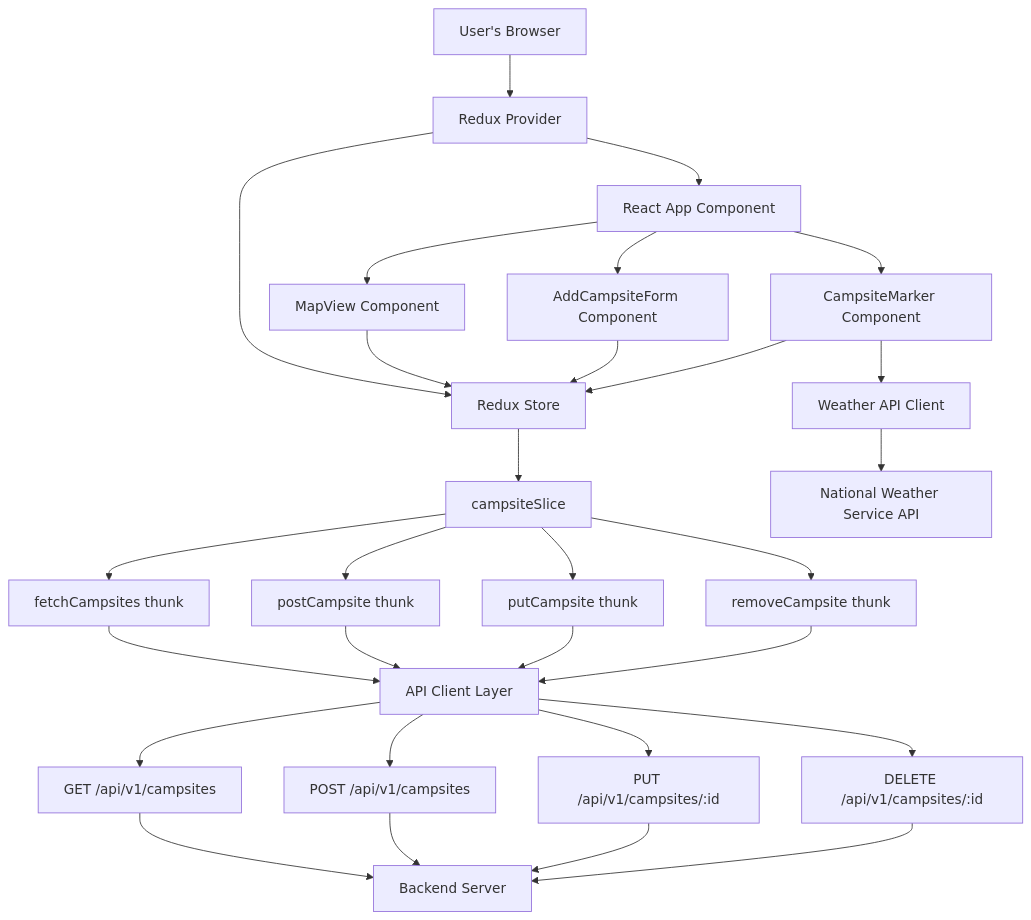
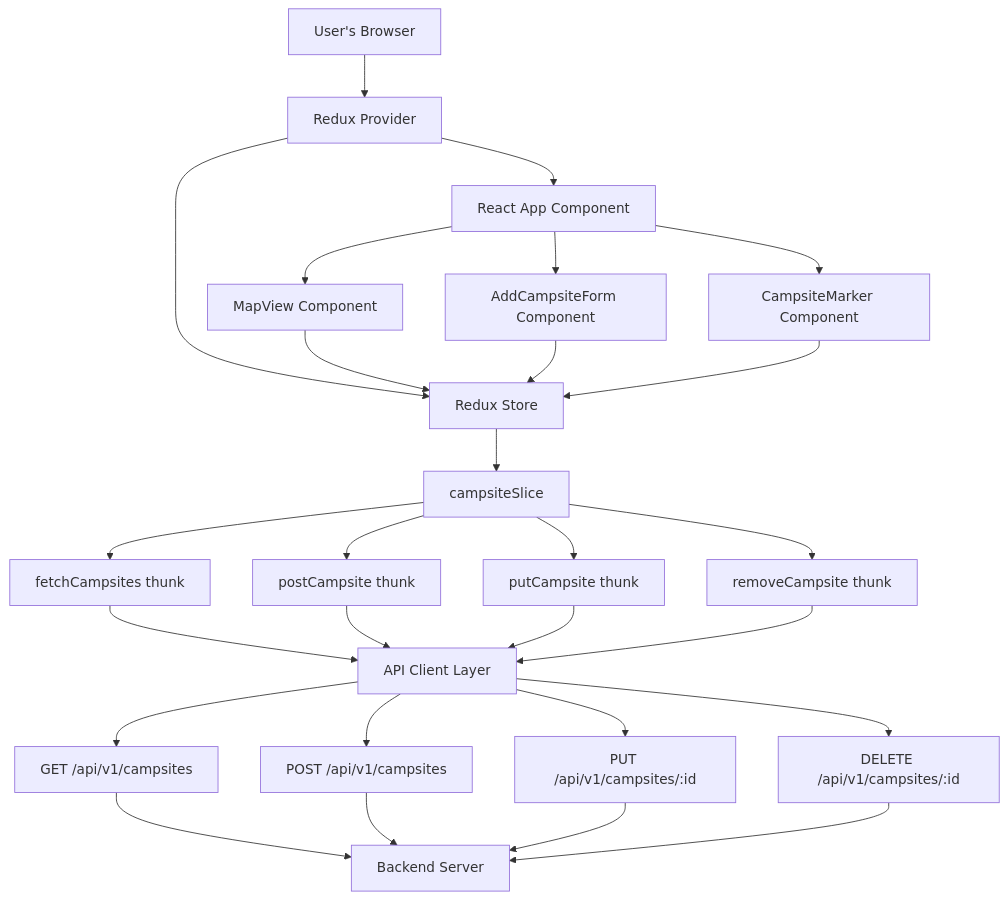
Before and after one commit to baileydunning/campsights: the first of 2 diagrams in README.md, drawn with Mermaid. The commit also changed other lines of this file and 17 other files, not shown here.

````diff
--- a/README.md
+++ b/README.md
@@ -37,38 +36,35 @@
 ```mermaid
 flowchart TD
     A[User's Browser] --> B[Redux Provider]
     B --> C[Redux Store]
     B --> D[React App Component]
     
     D --> E[MapView Component]
     D --> F[AddCampsiteForm Component]
     D --> G[CampsiteMarker Component]
     
     E --> C
     F --> C
     G --> C
     
     C --> H[campsiteSlice]
     H --> I[fetchCampsites thunk]
     H --> J[postCampsite thunk]
     H --> K[putCampsite thunk]
     H --> L[removeCampsite thunk]
     
     I --> M[API Client Layer]
     J --> M
     K --> M
     L --> M
     
     M --> N[GET /api/v1/campsites]
     M --> O[POST /api/v1/campsites]
     M --> P[PUT /api/v1/campsites/:id]
     M --> Q[DELETE /api/v1/campsites/:id]
     
-    G --> R[Weather API Client]
-    R --> S[National Weather Service API]
-    
     N --> T[Backend Server]
     O --> T
     P --> T
     Q --> T
 ```
````
